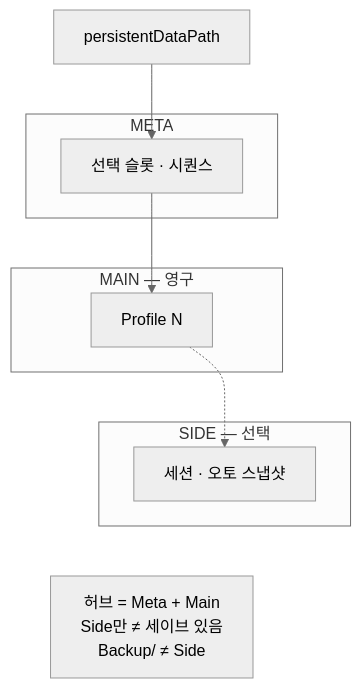
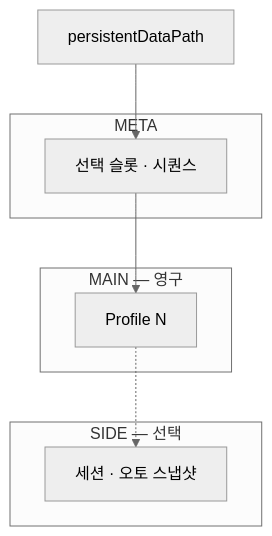
Before and after one commit to monet5379/monet5379.github.io: the diagram in projects/save-layout.md, drawn with Mermaid (neutral theme). The commit also changed other lines of this file and 4 other files, not shown here.

Commit message:
콘텐츠(projects): Mermaid·용어를 맞추고 홈·BA 타임라인을 다듬습니다.

````diff
--- a/projects/save-layout.md
+++ b/projects/save-layout.md
@@ -44,23 +44,19 @@
 ```mermaid
 flowchart TD
   E["persistentDataPath"] --> M
 
   subgraph META["META"]
     M["선택 슬롯 · 시퀀스"]
   end
 
   subgraph MAIN["MAIN — 영구"]
     P["Profile N"]
   end
 
   subgraph SIDE["SIDE — 선택"]
     S["세션 · 오토 스냅샷"]
   end
 
   M --> P
   P -.-> S
-
-  NOTE["허브 = Meta + Main<br/>Side만 ≠ 세이브 있음<br/>Backup/ ≠ Side"]
-  P ~~~ NOTE
-  S ~~~ NOTE
 ```
````
